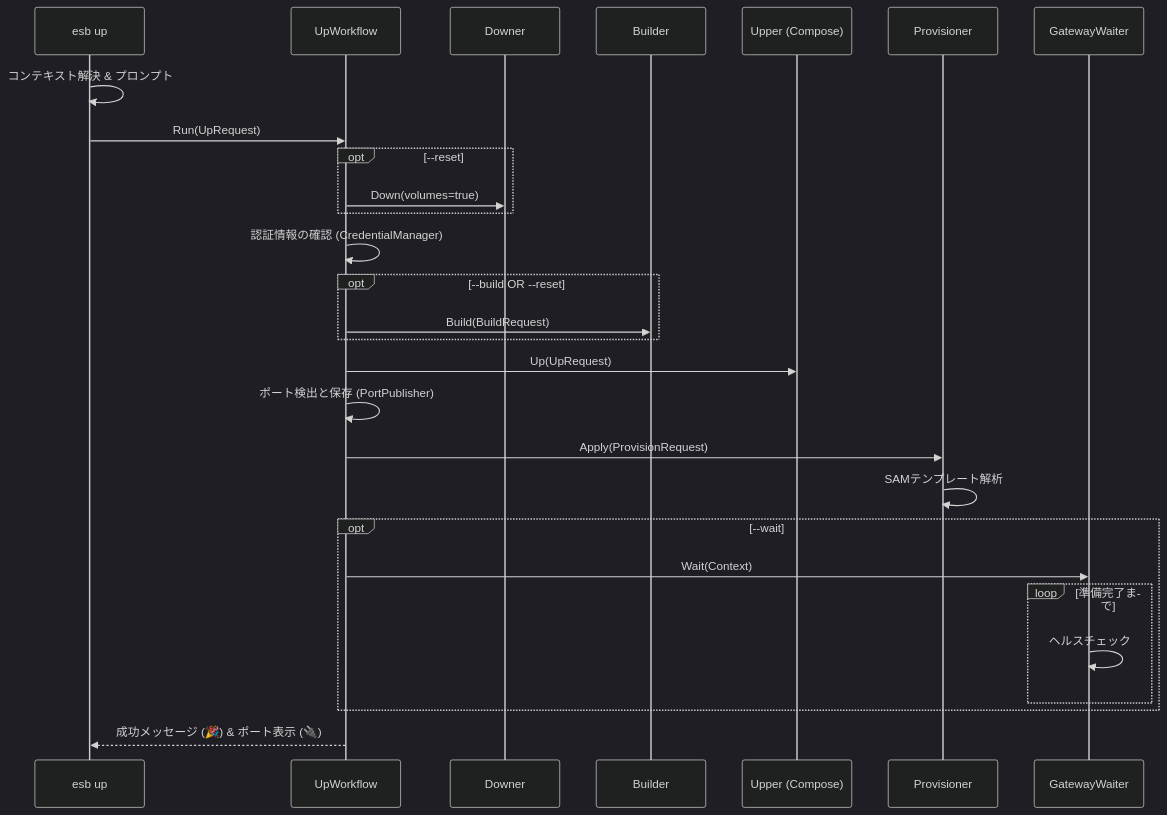
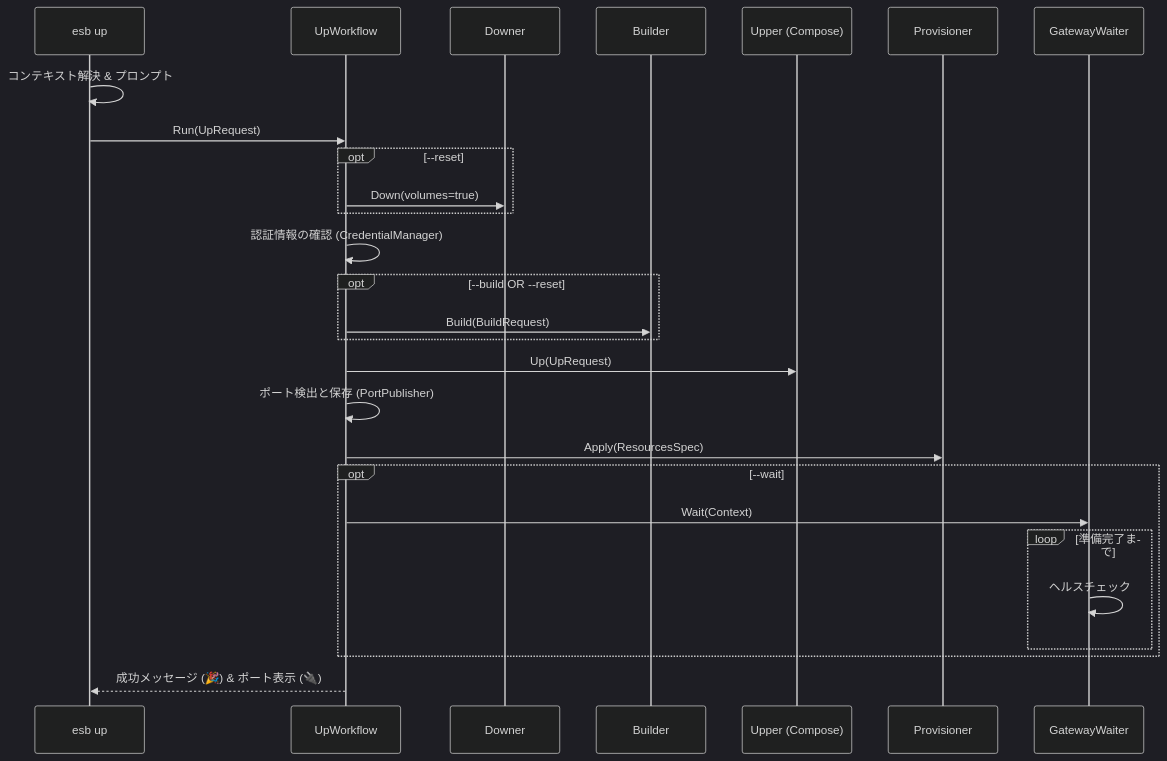
Before and after one commit to poruru-code/esb-cli: the diagram in docs/up.md, drawn with Mermaid (dark theme). The commit also changed other lines of this file and 7 other files, not shown here.

Commit message:
CLI: update documentation for architecture, build, env, info, project, sam parsing, and up commands

````diff
--- a/docs/up.md
+++ b/docs/up.md
@@ -45,39 +45,38 @@
 ```mermaid
 sequenceDiagram
     participant CLI as esb up
     participant WF as UpWorkflow
     participant Downer as Downer
     participant Builder as Builder
     participant Upper as Upper (Compose)
     participant Provisioner as Provisioner
     participant Waiter as GatewayWaiter
 
     CLI->>CLI: コンテキスト解決 & プロンプト
     CLI->>WF: Run(UpRequest)
 
     opt --reset
         WF->>Downer: Down(volumes=true)
     end
 
     WF->>WF: 認証情報の確認 (CredentialManager)
 
     opt --build OR --reset
         WF->>Builder: Build(BuildRequest)
     end
 
     WF->>Upper: Up(UpRequest)
 
     WF->>WF: ポート検出と保存 (PortPublisher)
 
-    WF->>Provisioner: Apply(ProvisionRequest)
-    Provisioner->>Provisioner: SAMテンプレート解析
+    WF->>Provisioner: Apply(ResourcesSpec)
 
     opt --wait
         WF->>Waiter: Wait(Context)
         loop 準備完了まで
             Waiter->>Waiter: ヘルスチェック
         end
     end
 
     WF-->>CLI: 成功メッセージ (🎉) & ポート表示 (🔌)
 ```
````
